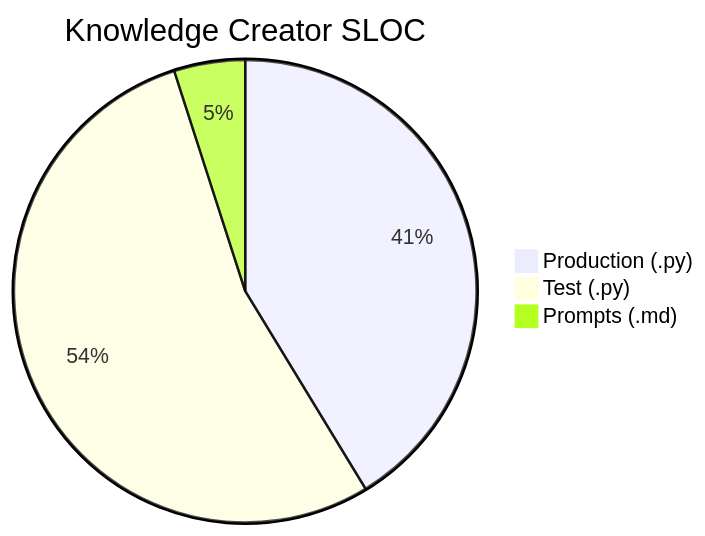
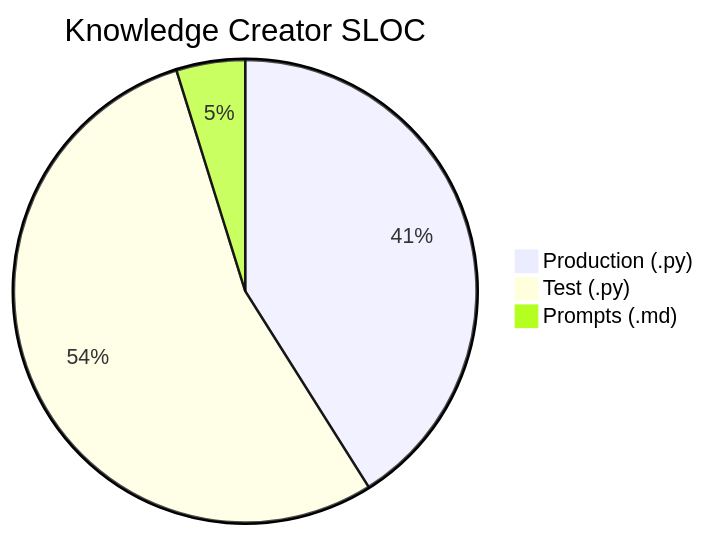
Before and after one commit to nablarch/nabledge-dev: the tenth of 14 diagrams in docs/metrics.md, drawn with Mermaid. The commit also changed other lines of this file, not shown here.

````diff
--- a/docs/metrics.md
+++ b/docs/metrics.md
@@ -135,6 +135,6 @@
 ```mermaid
 pie title Knowledge Creator SLOC
-  "Production (.py)" : 4234
-  "Test (.py)" : 5510
+  "Production (.py)" : 4347
+  "Test (.py)" : 5734
   "Prompts (.md)" : 509
 ```
````
